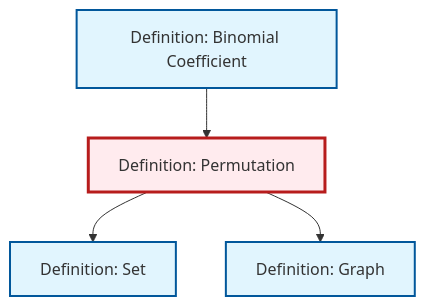
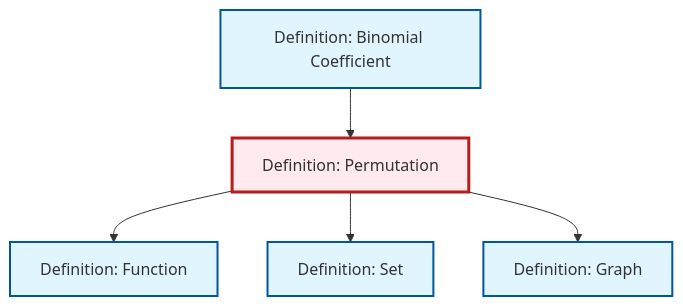
The diagram in content/ja/combinatorics/def-permutation.qmd (RK0429/ModernMath), drawn with Mermaid before and after one commit. The commit also changed 554 other files, not shown here.

````diff
--- a/content/ja/combinatorics/def-permutation.qmd
+++ b/content/ja/combinatorics/def-permutation.qmd
@@ -54,20 +54,23 @@
 ```{mermaid}
 %%| fig-cap: "Local dependency graph"
 graph TD
     classDef definition fill:#e1f5fe,stroke:#01579b,stroke-width:2px
     classDef theorem fill:#f3e5f5,stroke:#4a148c,stroke-width:2px
     classDef axiom fill:#fff3e0,stroke:#e65100,stroke-width:2px
     classDef example fill:#e8f5e9,stroke:#1b5e20,stroke-width:2px
     classDef current fill:#ffebee,stroke:#b71c1c,stroke-width:3px
     def-binomial-coefficient["Definition: Binomial Coefficient"]:::definition
+    def-set["Definition: Set"]:::definition
+    def-function["Definition: Function"]:::definition
+    def-permutation["Definition: Permutation"]:::definition
     def-graph["Definition: Graph"]:::definition
-    def-set["Definition: Set"]:::definition
-    def-permutation["Definition: Permutation"]:::definition
+    def-permutation --> def-function
     def-permutation --> def-set
+    def-permutation --> def-graph
     def-binomial-coefficient --> def-permutation
-    def-permutation --> def-graph
     class def-permutation current
     click def-binomial-coefficient "def-binomial-coefficient.html" "Definition: Binomial Coefficientへ"
+    click def-set "def-set.html" "Definition: Setへ"
+    click def-function "def-function.html" "Definition: Functionへ"
     click def-graph "def-graph.html" "Definition: Graphへ"
-    click def-set "def-set.html" "Definition: Setへ"
 ```
````
